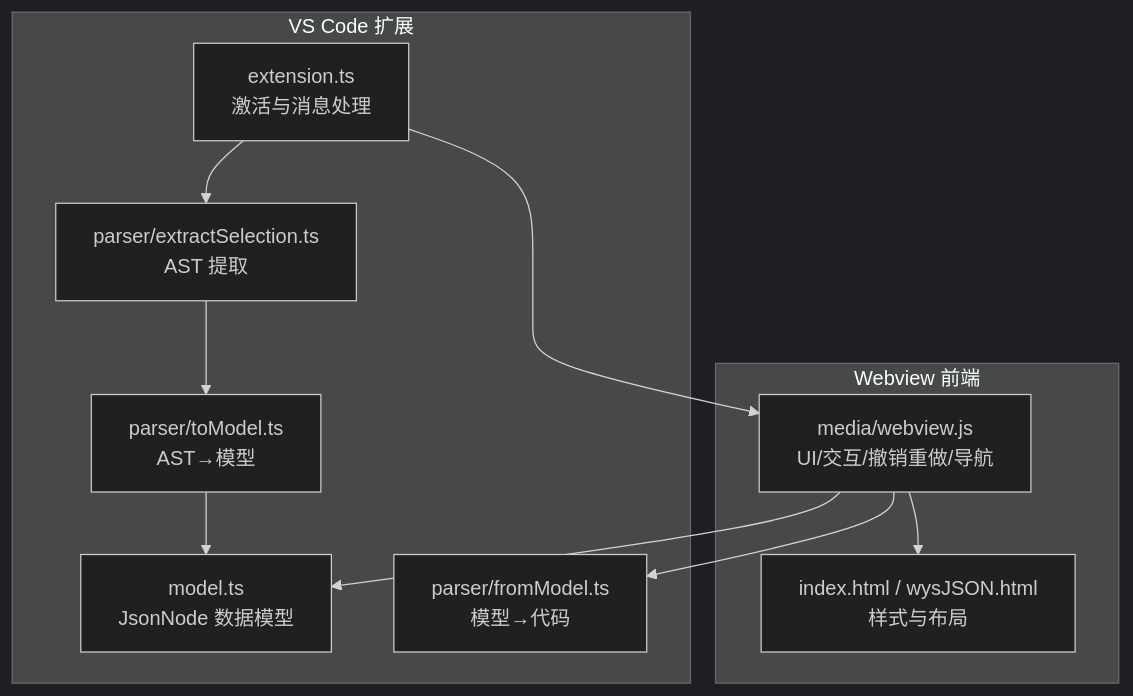
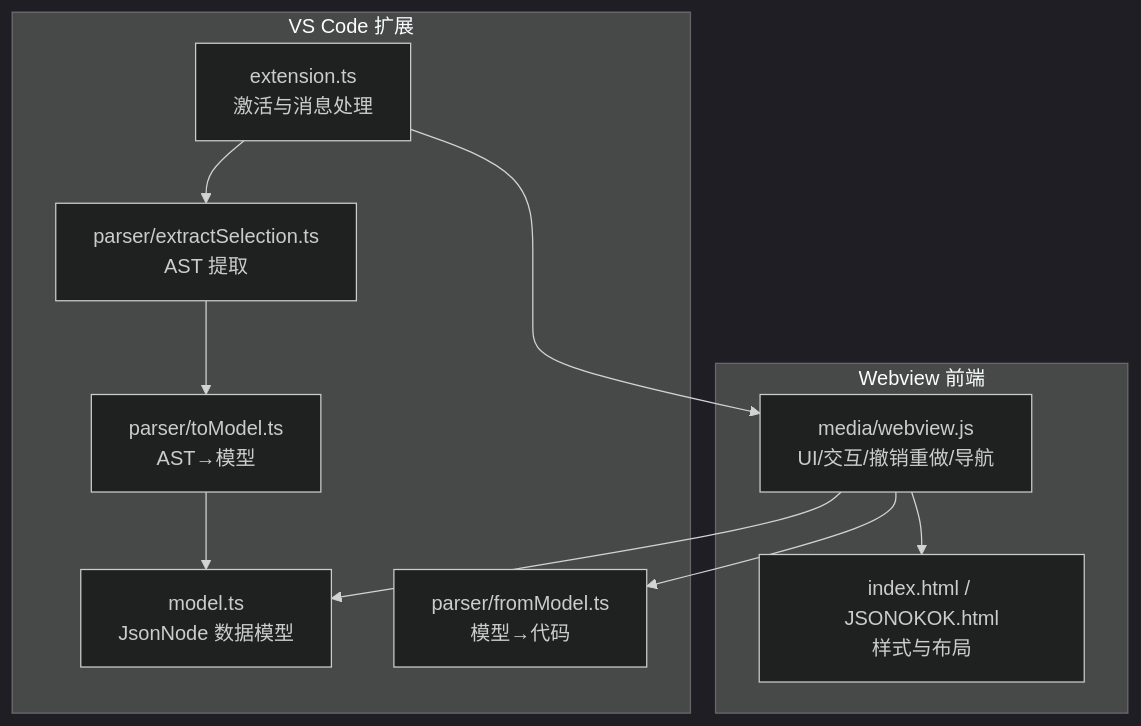
Before and after one commit to meiok1/wysjson: the first of 7 diagrams in .qoder/repowiki/zh/content/高级功能特性/高级功能特性.md, drawn with Mermaid (dark theme). The commit also changed other lines of this file and 390 other files, not shown here.

````diff
--- a/.qoder/repowiki/zh/content/高级功能特性/高级功能特性.md
+++ b/.qoder/repowiki/zh/content/高级功能特性/高级功能特性.md
@@ -34,21 +34,21 @@
 ```mermaid
 graph TB
 subgraph "VS Code 扩展"
 EXT["extension.ts<br/>激活与消息处理"]
 MODEL["model.ts<br/>JsonNode 数据模型"]
 PARSER_EX["parser/extractSelection.ts<br/>AST 提取"]
 PARSER_TO["parser/toModel.ts<br/>AST→模型"]
 PARSER_FROM["parser/fromModel.ts<br/>模型→代码"]
 end
 subgraph "Webview 前端"
 WV["media/webview.js<br/>UI/交互/撤销重做/导航"]
-CSS["index.html / wysJSON.html<br/>样式与布局"]
+CSS["index.html / JSONOKOK.html<br/>样式与布局"]
 end
 EXT --> PARSER_EX
 PARSER_EX --> PARSER_TO
 PARSER_TO --> MODEL
 EXT --> WV
 WV --> PARSER_FROM
 WV --> MODEL
 WV --> CSS
 ```
````
